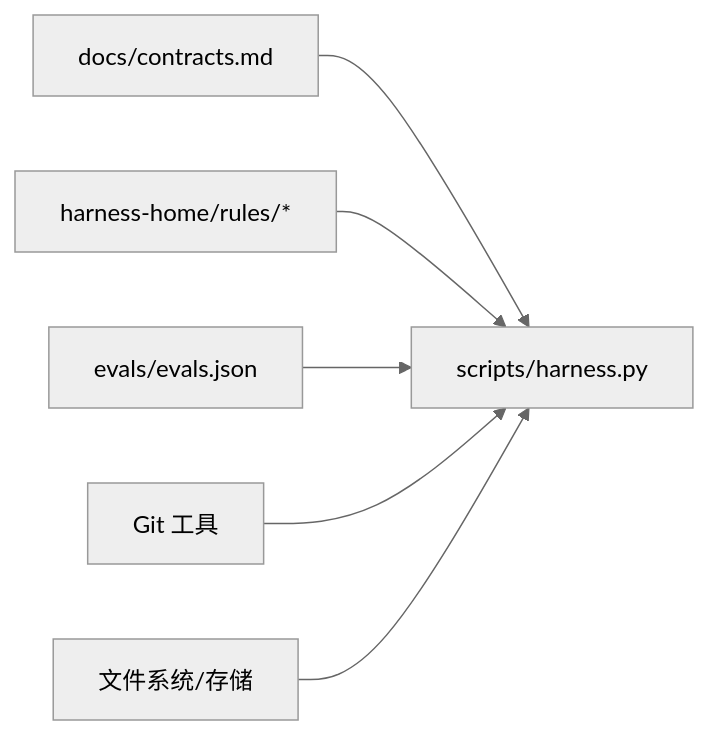
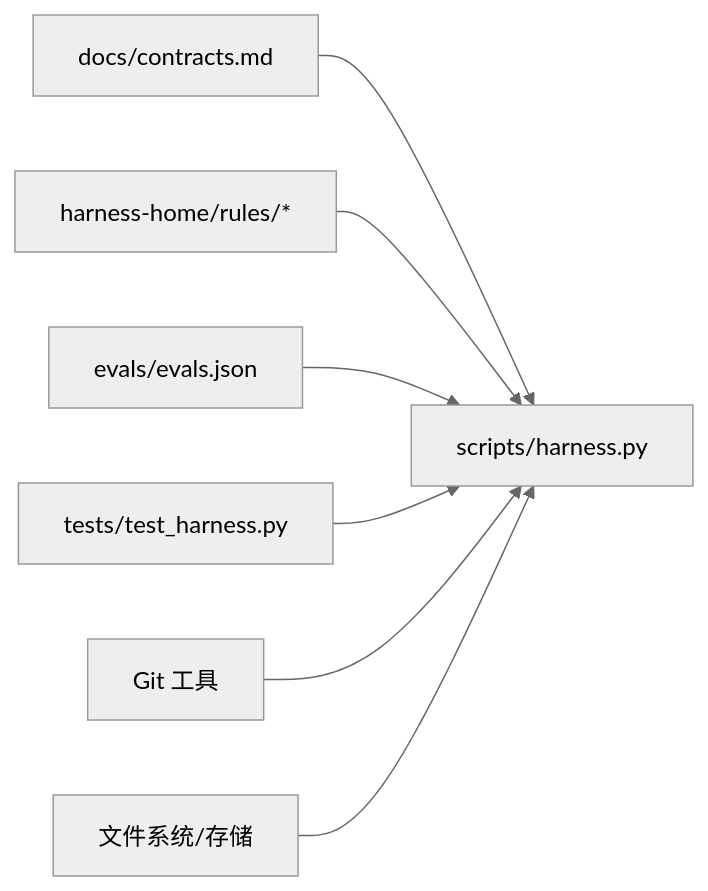
The ninth of 9 diagrams in .qoder/repowiki/zh/content/任务管理/范围评估与授权.md (HackSing/docs-harness), drawn with Mermaid (neutral theme) before and after one commit. The commit also changed other lines of this file and 45 other files, not shown here.

First line of the commit message:
feat(harness): v1.7.6 按变更面选择验证强度、git_commit 受控意图与关键词 Gate 路由移除

````diff
--- a/.qoder/repowiki/zh/content/任务管理/范围评估与授权.md
+++ b/.qoder/repowiki/zh/content/任务管理/范围评估与授权.md
@@ -278,8 +343,9 @@
 ```mermaid
 graph LR
 Contracts["docs/contracts.md"] --> Controller["scripts/harness.py"]
 Rules["harness-home/rules/*"] --> Controller
 Eval["evals/evals.json"] --> Controller
+Tests["tests/test_harness.py"] --> Controller
 Git["Git 工具"] --> Controller
 FS["文件系统/存储"] --> Controller
 ```
````
